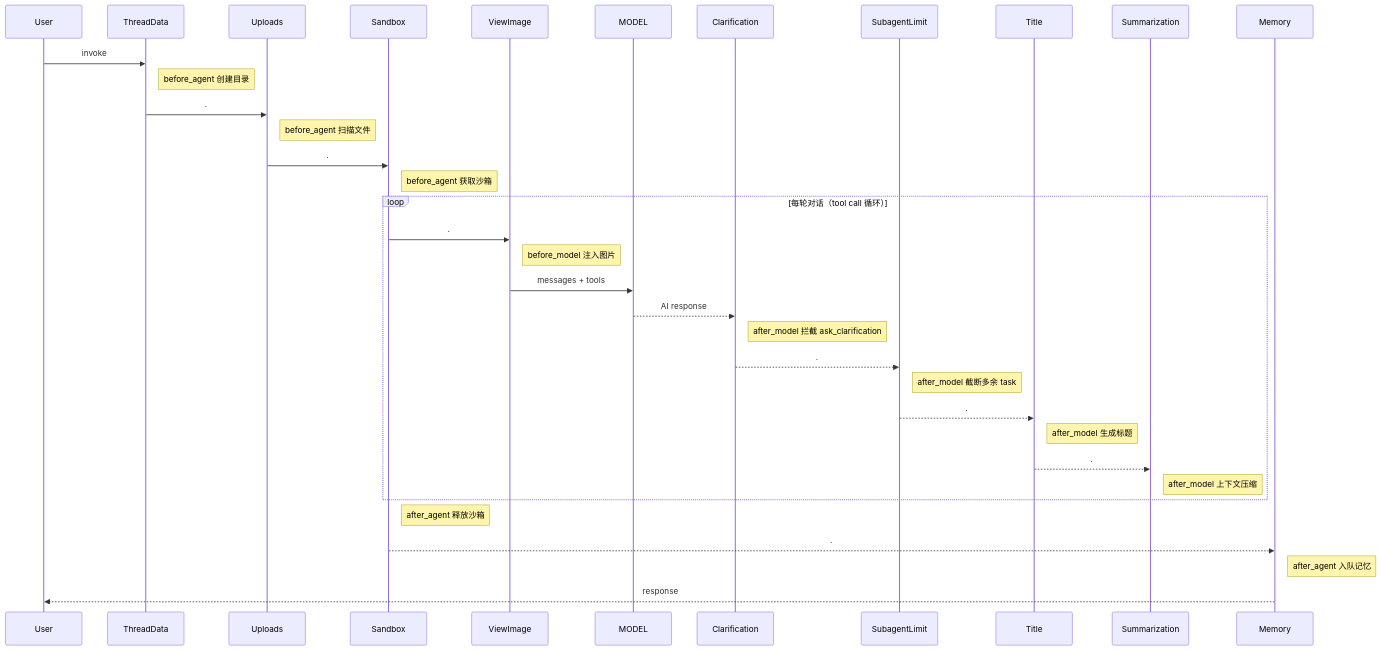
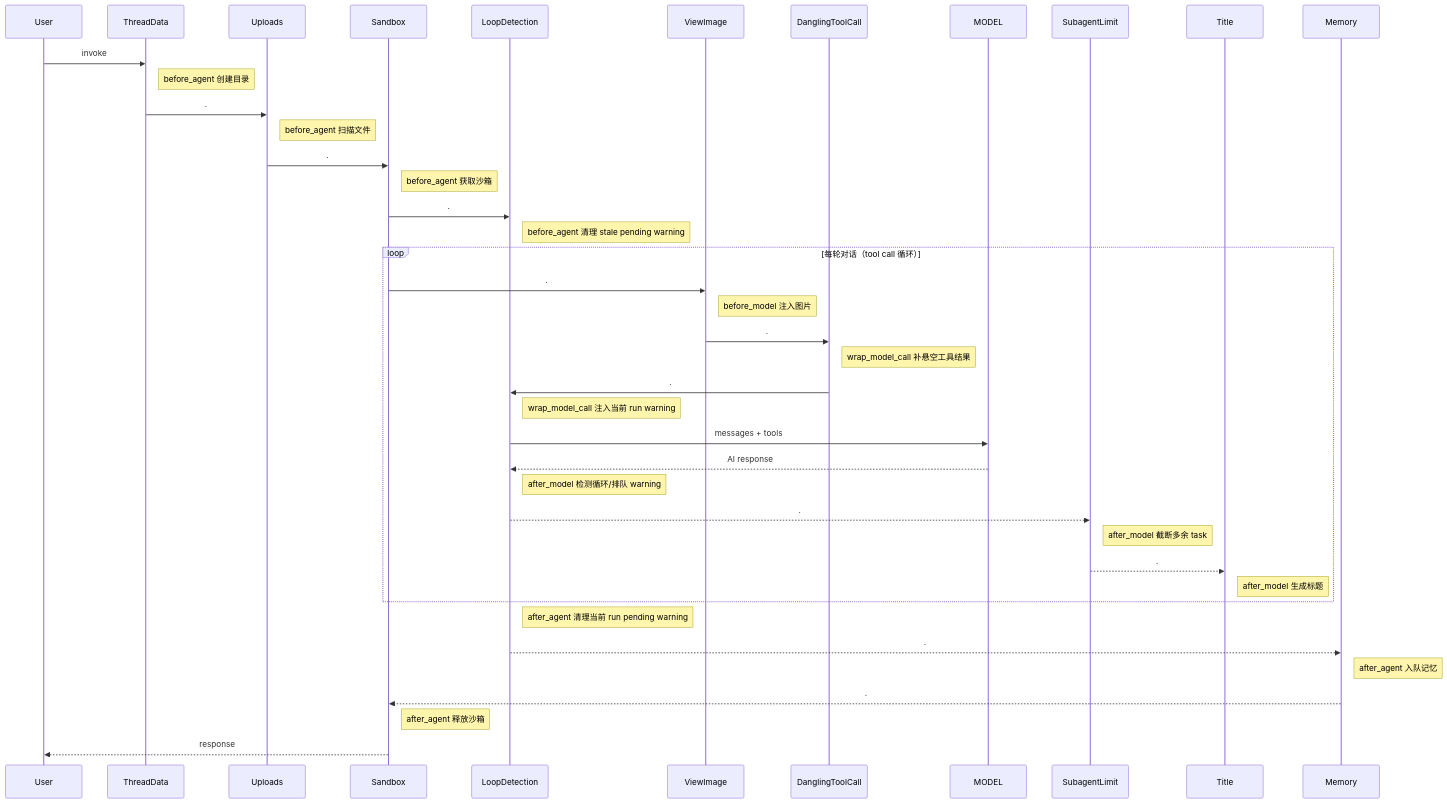
Before and after one commit to tsbaby1326/deer-flow: the fourth of 4 diagrams in backend/docs/middleware-execution-flow.md, drawn with Mermaid. The commit also changed other lines of this file and 6 other files, not shown here.

First line of the commit message:
feat(loop-detection): defer warning injection (#2752)

````diff
--- a/backend/docs/middleware-execution-flow.md
+++ b/backend/docs/middleware-execution-flow.md
@@ -221,40 +229,46 @@
 ```mermaid
 sequenceDiagram
     participant U as User
     participant TD as ThreadData
     participant UL as Uploads
     participant SB as Sandbox
+    participant LD as LoopDetection
     participant VI as ViewImage
+    participant DTC as DanglingToolCall
     participant M as MODEL
-    participant CL as Clarification
     participant SL as SubagentLimit
     participant TI as Title
-    participant SM as Summarization
     participant MEM as Memory
 
     U ->> TD: invoke
     Note right of TD: before_agent 创建目录
     TD ->> UL: .
     Note right of UL: before_agent 扫描文件
     UL ->> SB: .
     Note right of SB: before_agent 获取沙箱
+    SB ->> LD: .
+    Note right of LD: before_agent 清理 stale pending warning
 
     loop 每轮对话（tool call 循环）
         SB ->> VI: .
         Note right of VI: before_model 注入图片
-        VI ->> M: messages + tools
-        M -->> CL: AI response
-        Note right of CL: after_model 拦截 ask_clarification
-        CL -->> SL: .
+        VI ->> DTC: .
+        Note right of DTC: wrap_model_call 补悬空工具结果
+        DTC ->> LD: .
+        Note right of LD: wrap_model_call 注入当前 run warning
+        LD ->> M: messages + tools
+        M -->> LD: AI response
+        Note right of LD: after_model 检测循环/排队 warning
+        LD -->> SL: .
         Note right of SL: after_model 截断多余 task
         SL -->> TI: .
         Note right of TI: after_model 生成标题
-        TI -->> SM: .
-        Note right of SM: after_model 上下文压缩
     end
 
+    Note right of LD: after_agent 清理当前 run pending warning
+    LD -->> MEM: .
+    Note right of MEM: after_agent 入队记忆
+    MEM -->> SB: .
     Note right of SB: after_agent 释放沙箱
-    SB -->> MEM: .
-    Note right of MEM: after_agent 入队记忆
-    MEM -->> U: response
+    SB -->> U: response
 ```
````
